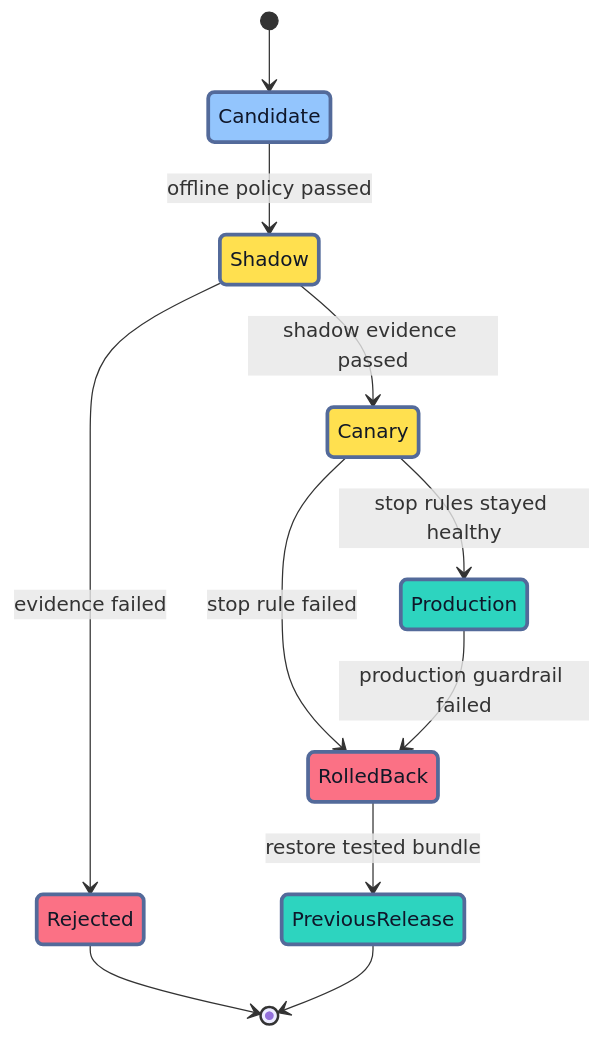
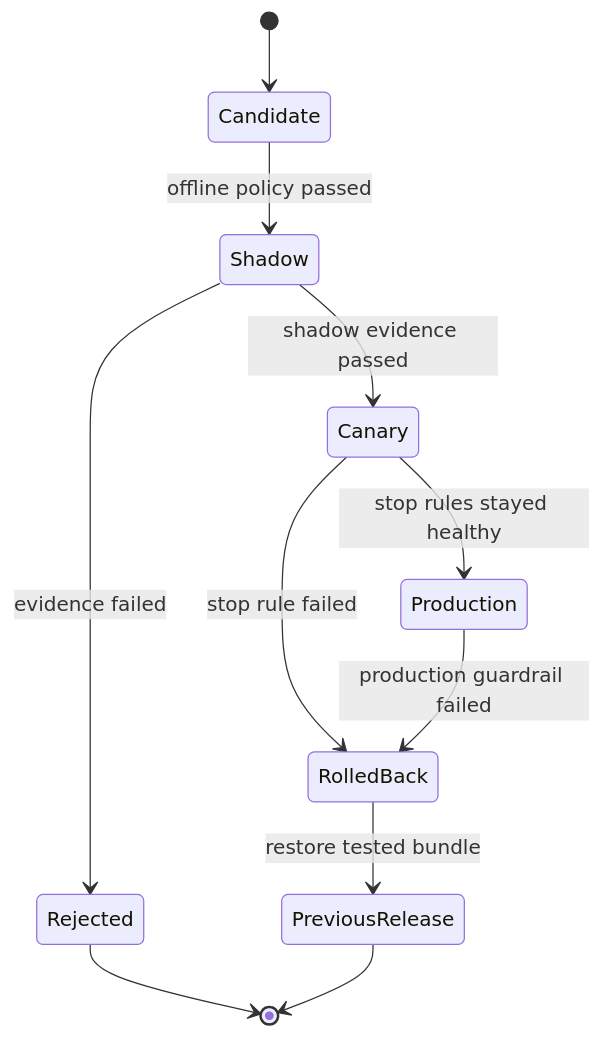
One commit to senlinyy/dev-roadmaps changed the fourth of 7 diagrams in roadmaps/mlops/modules/mlops-foundations/teams-and-workflow/03-common-mlops-failure-modes.md. Above: the diagram before and after it, drawn with Mermaid. The commit also changed other lines of this file and 152 other files, not shown here.

Commit message:
feat: mlops and diagrams updated

````diff
--- a/roadmaps/mlops/modules/mlops-foundations/teams-and-workflow/03-common-mlops-failure-modes.md
+++ b/roadmaps/mlops/modules/mlops-foundations/teams-and-workflow/03-common-mlops-failure-modes.md
@@ -295,22 +282,18 @@
 ```mermaid
 stateDiagram-v2
     [*] --> Candidate
     Candidate --> Shadow: offline policy passed
     Shadow --> Canary: shadow evidence passed
     Canary --> Production: stop rules stayed healthy
     Shadow --> Rejected: evidence failed
     Canary --> RolledBack: stop rule failed
     Production --> RolledBack: production guardrail failed
     RolledBack --> PreviousRelease: restore tested bundle
     Rejected --> [*]
     PreviousRelease --> [*]
 
-    classDef candidate fill:#93C5FD,stroke:#536A9A,stroke-width:3px,color:#0F172A
-    classDef prove fill:#FFE04F,stroke:#536A9A,stroke-width:3px,color:#111827
-    classDef healthy fill:#2DD4BF,stroke:#536A9A,stroke-width:3px,color:#0F172A
-    classDef stop fill:#FB7185,stroke:#536A9A,stroke-width:3px,color:#111827
     class Candidate candidate
     class Shadow,Canary prove
     class Production,PreviousRelease healthy
     class Rejected,RolledBack stop
 ```
````
